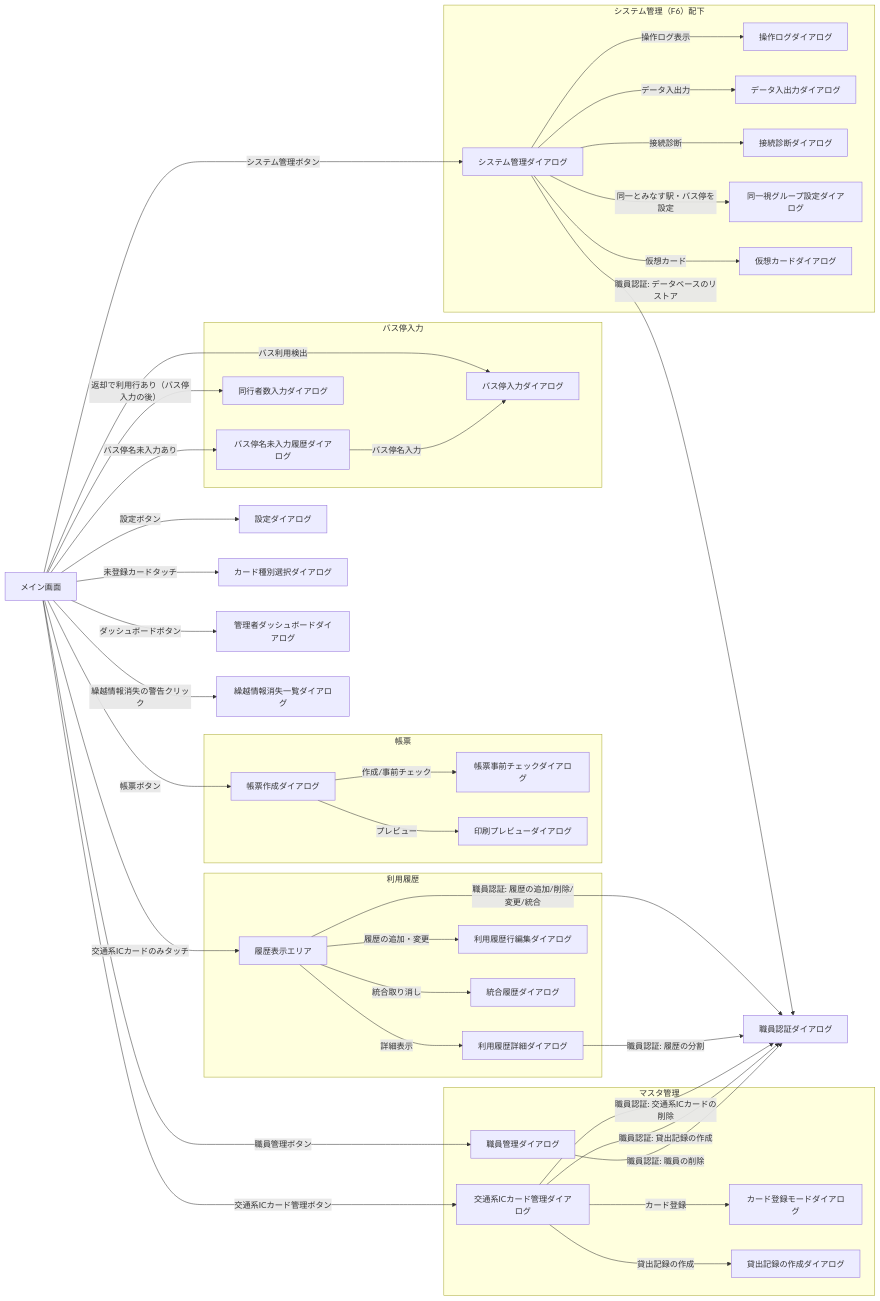
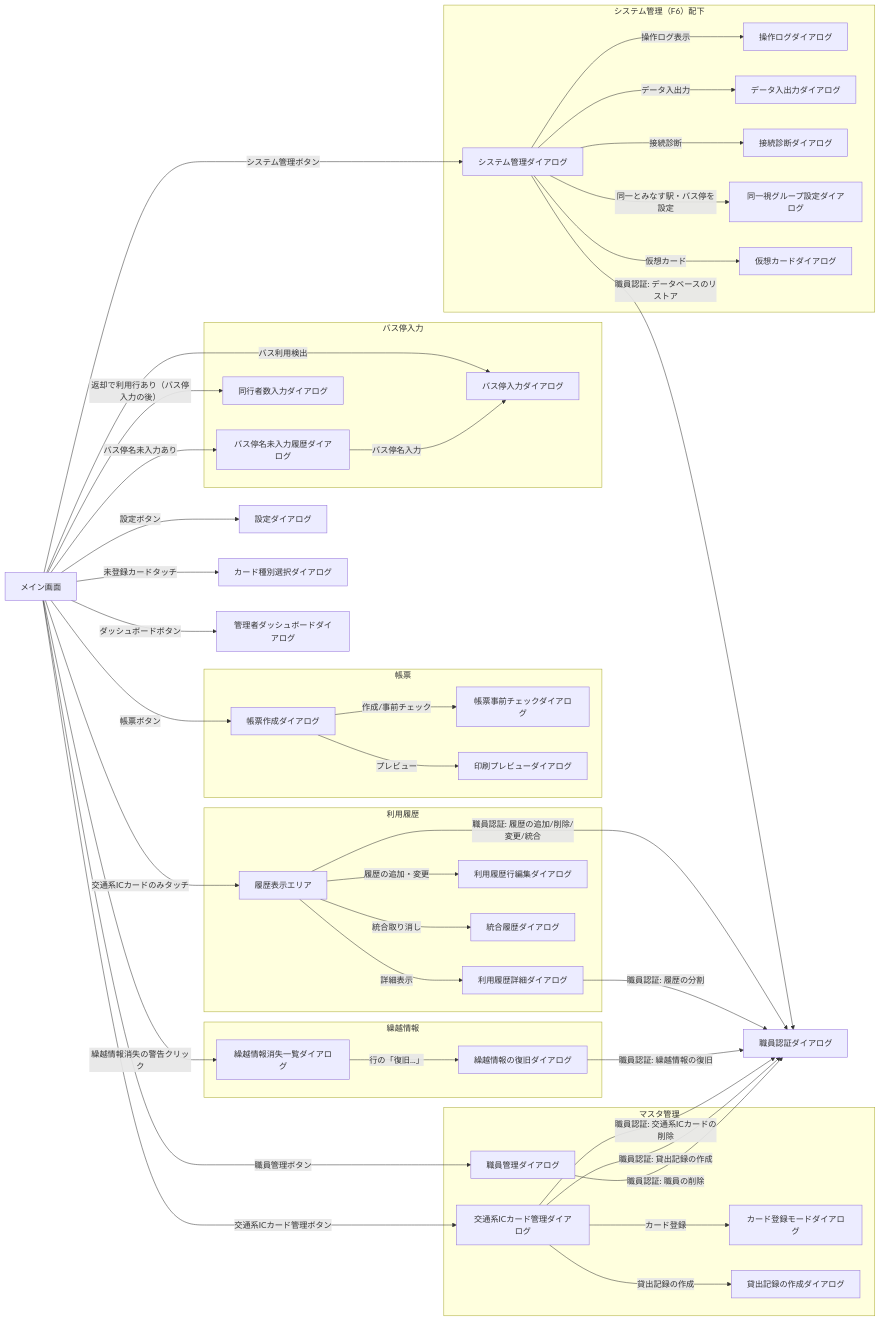
One commit to kuwayamamasayuki/ICCardManager changed the first of 2 diagrams in ICCardManager/docs/design/03_画面設計書.md. Above: the diagram before and after it, drawn with Mermaid. The commit also changed other lines of this file and 33 other files, not shown here.

````diff
--- a/ICCardManager/docs/design/03_画面設計書.md
+++ b/ICCardManager/docs/design/03_画面設計書.md
@@ -49,7 +49,10 @@
         COMPANION[同行者数入力ダイアログ]
     end
 
-    CARRYLOSS[繰越情報消失一覧ダイアログ]
+    subgraph SG_CARRYOVER[繰越情報]
+        CARRYLOSS[繰越情報消失一覧ダイアログ]
+        CARRYRECOVER[繰越情報の復旧ダイアログ]
+    end
 
     subgraph SG_SYSTEM[システム管理（F6）配下]
         SYSMGMT[システム管理ダイアログ]
@@ -74,6 +77,7 @@
     MAIN -->|繰越情報消失の警告クリック| CARRYLOSS
 
     CARD -->|カード登録| CARDREGMODE
+    CARRYLOSS -->|行の「復旧...」| CARRYRECOVER
     CARD -->|貸出記録の作成| SYSLEND
     HISTORY -->|詳細表示| LEDGERDETAIL
     HISTORY -->|履歴の追加・変更| LEDGERROWEDIT
@@ -93,4 +97,5 @@
     HISTORY -->|職員認証: 履歴の追加/削除/変更/統合| STAFFAUTH
     LEDGERDETAIL -->|職員認証: 履歴の分割| STAFFAUTH
     SYSMGMT -->|職員認証: データベースのリストア| STAFFAUTH
+    CARRYRECOVER -->|職員認証: 繰越情報の復旧| STAFFAUTH
 ```
````
